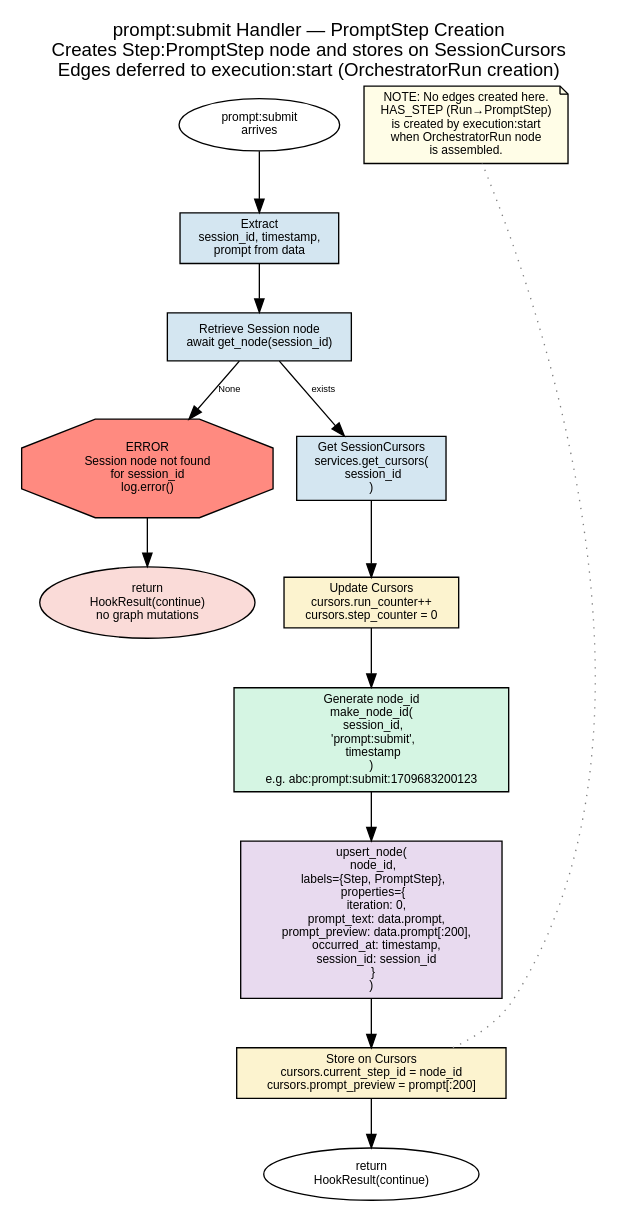
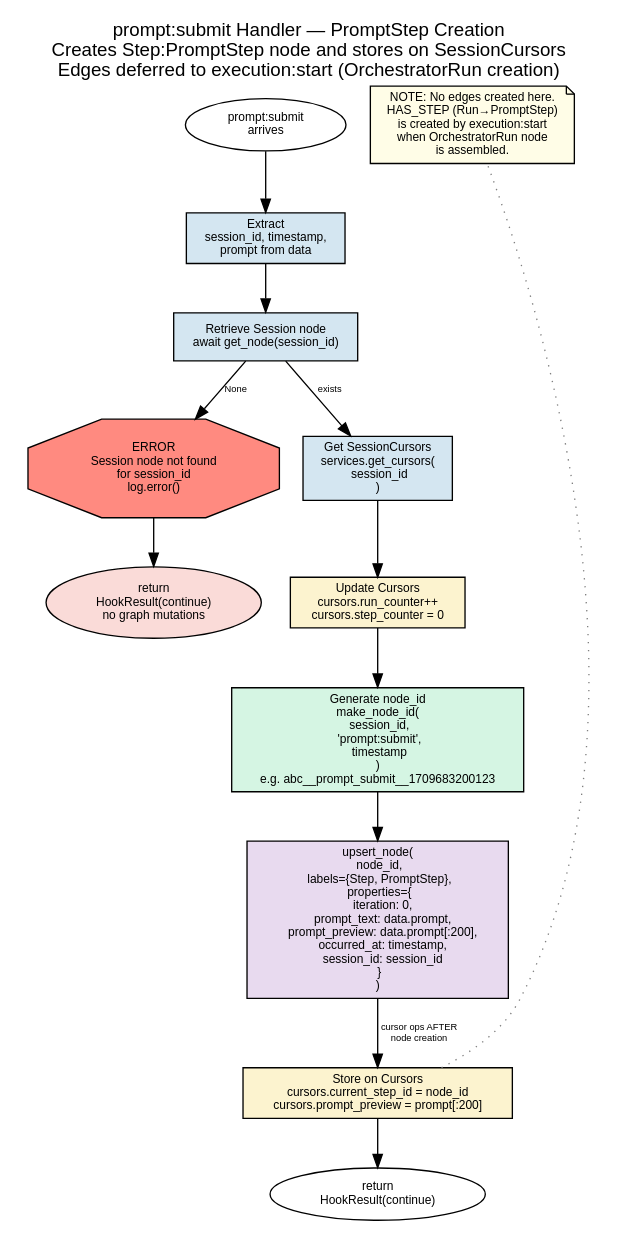
The diagram in context/prompt-submit-handler.dot (microsoft/amplifier-bundle-context-intelligence), drawn with Graphviz before and after one commit. The commit also changed 9 other files, not shown here.

Commit message:
fix: correct 18 DOT diagram inaccuracies + add real-session integration tests (22 tests from session 44be6956)

```diff
--- a/context/prompt-submit-handler.dot
+++ b/context/prompt-submit-handler.dot
@@ -1,66 +1,66 @@
 digraph prompt_submit_handler {
     rankdir=TB;
     label="prompt:submit Handler — PromptStep Creation\nCreates Step:PromptStep node and stores on SessionCursors\nEdges deferred to execution:start (OrchestratorRun creation)";
     labelloc=t;
     fontsize=14;
     fontname="Helvetica";
     node [fontname="Helvetica", fontsize=9];
     edge [fontname="Helvetica", fontsize=7];
 
     // Entry
     event_arrives [label="prompt:submit\narrives" shape=oval];
 
     // Extract
     extract [label="Extract\nsession_id, timestamp,\nprompt from data"
              shape=box style=filled fillcolor="#D4E6F1"];
 
     // Validate session exists
     validate_session [label="Retrieve Session node\nawait get_node(session_id)"
                       shape=box style=filled fillcolor="#D4E6F1"];
     session_missing [label="ERROR\nSession node not found\nfor session_id\nlog.error()"
                      shape=octagon style=filled fillcolor="#FF8A80"];
     error_exit [label="return\nHookResult(continue)\nno graph mutations"
                 shape=oval style=filled fillcolor="#FADBD8"];
 
     // Get or create cursors
     get_cursors [label="Get SessionCursors\nservices.get_cursors(\n  session_id\n)"
                   shape=box style=filled fillcolor="#D4E6F1"];
 
     // Increment counters
     update_counters [label="Update Cursors\ncursors.run_counter++\ncursors.step_counter = 0"
                       shape=box style=filled fillcolor="#FCF3CF"];
 
     // Generate node ID
-    gen_node_id [label="Generate node_id\nmake_node_id(\n  session_id,\n  'prompt:submit',\n  timestamp\n)\ne.g. abc:prompt:submit:1709683200123"
+    gen_node_id [label="Generate node_id\nmake_node_id(\n  session_id,\n  'prompt:submit',\n  timestamp\n)\ne.g. abc__prompt_submit__1709683200123"
                  shape=box style=filled fillcolor="#D5F5E3"];
 
     // Create PromptStep
     create_step [label="upsert_node(\n  node_id,\n  labels={Step, PromptStep},\n  properties={\n    iteration: 0,\n    prompt_text: data.prompt,\n    prompt_preview: data.prompt[:200],\n    occurred_at: timestamp,\n    session_id: session_id\n  }\n)"
                  shape=box style=filled fillcolor="#E8DAEF"];
 
     // Store on cursors
     store_cursors [label="Store on Cursors\ncursors.current_step_id = node_id\ncursors.prompt_preview = prompt[:200]"
                     shape=box style=filled fillcolor="#FCF3CF"];
 
     // Exit
     done [label="return\nHookResult(continue)" shape=oval];
 
     // Note: no edges created
     no_edges_note [label="NOTE: No edges created here.\nHAS_STEP (Run→PromptStep)\nis created by execution:start\nwhen OrchestratorRun node\nis assembled."
                     shape=note style=filled fillcolor="#FFFDE7"];
 
     // Flow
     event_arrives -> extract;
     extract -> validate_session;
     validate_session -> session_missing [label="None"];
     session_missing -> error_exit;
     validate_session -> get_cursors [label="exists"];
     get_cursors -> update_counters;
     update_counters -> gen_node_id;
     gen_node_id -> create_step;
-    create_step -> store_cursors;
+    create_step -> store_cursors [label="cursor ops AFTER\nnode creation"];
     store_cursors -> done;
 
     // Annotation link
     store_cursors -> no_edges_note [style=dotted color=gray arrowhead=none constraint=false];
 }
```
